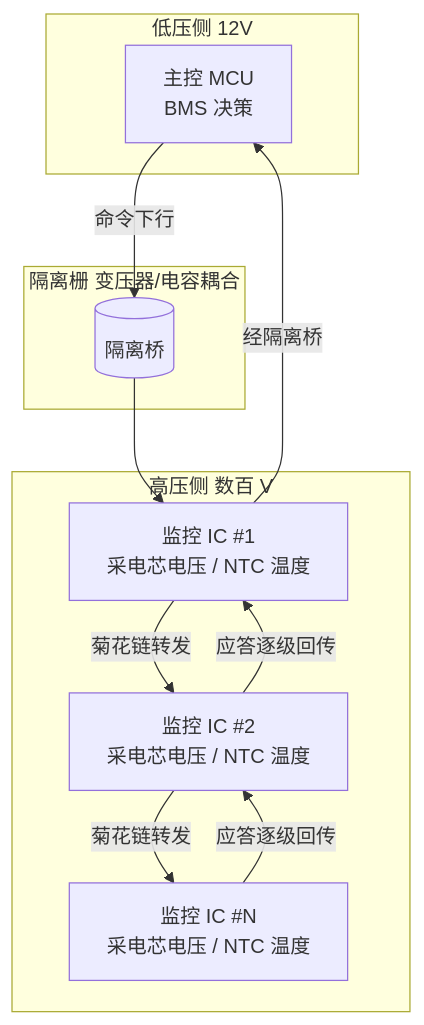
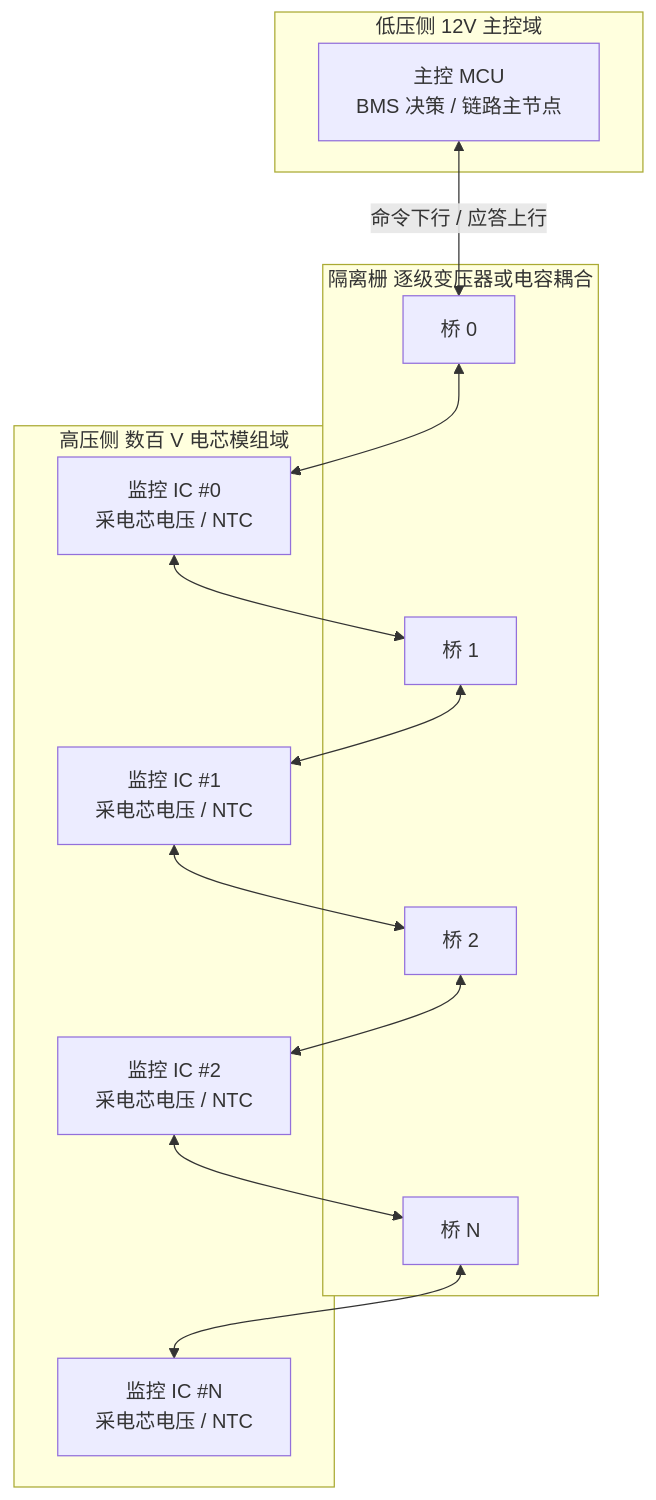
One commit to 1208826038/embedded-skill-notes changed the first of 15 diagrams in articles/p12-dsi3.md. Above: the diagram before and after it, drawn with Mermaid. The commit also changed other lines of this file, not shown here.

````diff
--- a/articles/p12-dsi3.md
+++ b/articles/p12-dsi3.md
@@ -25,21 +147,26 @@
 ```mermaid
 flowchart TD
-  subgraph LV[低压侧 12V]
-    MCU[主控 MCU<br/>BMS 决策]
+  subgraph LV["低压侧 12V 主控域"]
+    MCU["主控 MCU<br/>BMS 决策 / 链路主节点"]
   end
-  subgraph ISO[隔离栅 变压器/电容耦合]
-    G1[(隔离桥)]
+  subgraph ISO["隔离栅 逐级变压器或电容耦合"]
+    G0["桥 0"]
+    G1["桥 1"]
+    G2["桥 2"]
+    Gn["桥 N"]
   end
-  subgraph HV[高压侧 数百 V]
-    IC1[监控 IC #1<br/>采电芯电压 / NTC 温度]
-    IC2[监控 IC #2<br/>采电芯电压 / NTC 温度]
-    ICn[监控 IC #N<br/>采电芯电压 / NTC 温度]
+  subgraph HV["高压侧 数百 V 电芯模组域"]
+    IC0["监控 IC #0<br/>采电芯电压 / NTC"]
+    IC1["监控 IC #1<br/>采电芯电压 / NTC"]
+    IC2["监控 IC #2<br/>采电芯电压 / NTC"]
+    ICn["监控 IC #N<br/>采电芯电压 / NTC"]
   end
-  MCU -->|命令下行| G1
-  G1 --> IC1
-  IC1 -->|菊花链转发| IC2
-  IC2 -->|菊花链转发| ICn
-  ICn -->|应答逐级回传| IC2
-  IC2 -->|应答逐级回传| IC1
-  IC1 -->|经隔离桥| MCU
+  MCU <-->|"命令下行 / 应答上行"| G0
+  G0 <--> IC0
+  IC0 <--> G1
+  G1 <--> IC1
+  IC1 <--> G2
+  G2 <--> IC2
+  IC2 <--> Gn
+  Gn <--> ICn
 ```
````
